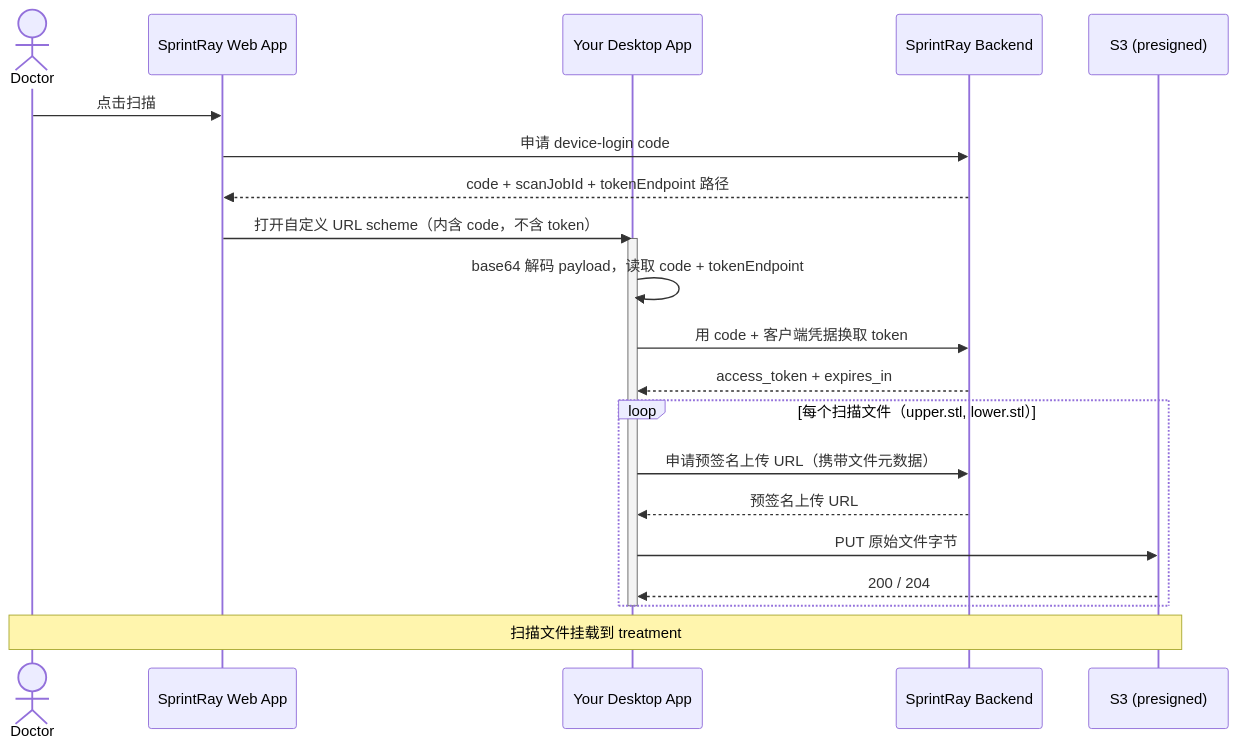
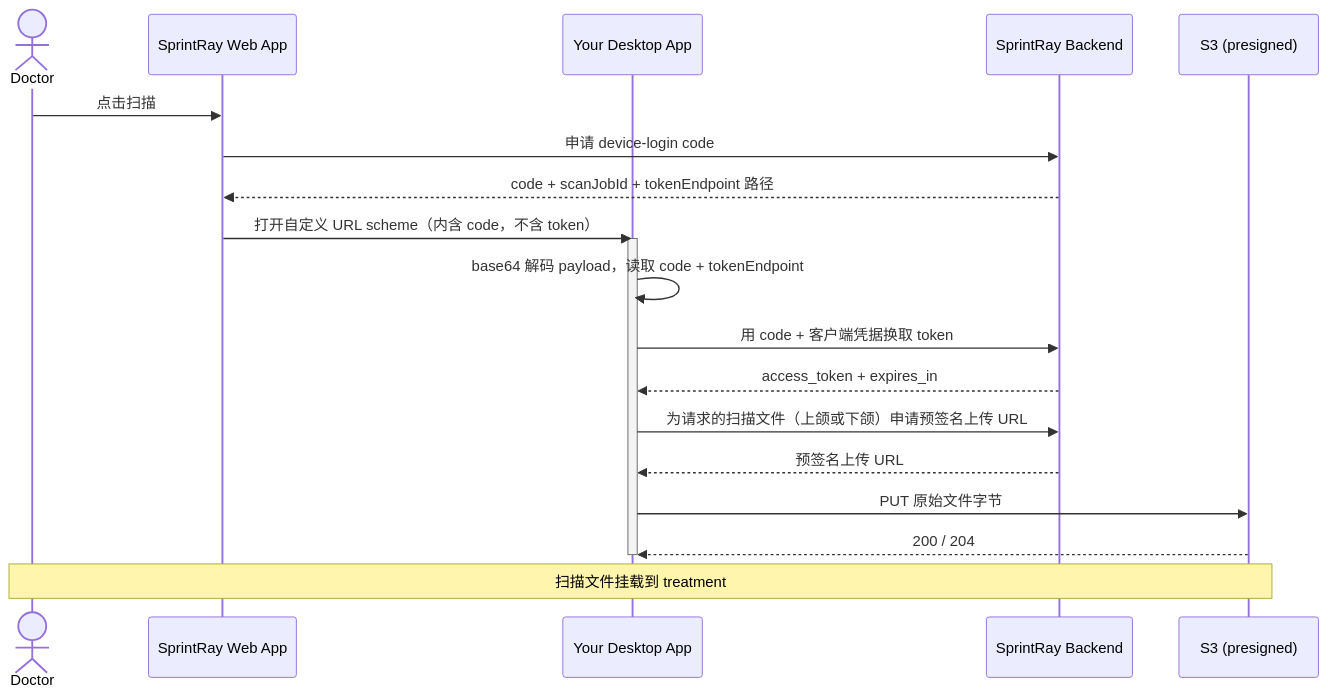
Before and after one commit to SprintRay-Software/example-scan-app: the diagram in README.zh-CN.md, drawn with Mermaid. The commit also changed other lines of this file and 2 other files, not shown here.

````diff
--- a/README.zh-CN.md
+++ b/README.zh-CN.md
@@ -23,25 +23,23 @@
 ```mermaid
 sequenceDiagram
     actor Doctor
     participant Web as SprintRay Web App
     participant App as Your Desktop App
     participant BE as SprintRay Backend
     participant S3 as S3 (presigned)
 
     Doctor->>Web: 点击扫描
     Web->>BE: 申请 device-login code
     BE-->>Web: code + scanJobId + tokenEndpoint 路径
     Web->>App: 打开自定义 URL scheme（内含 code，不含 token）
     activate App
     App->>App: base64 解码 payload，读取 code + tokenEndpoint
     App->>BE: 用 code + 客户端凭据换取 token
     BE-->>App: access_token + expires_in
-    loop 每个扫描文件（upper.stl, lower.stl）
-        App->>BE: 申请预签名上传 URL（携带文件元数据）
-        BE-->>App: 预签名上传 URL
-        App->>S3: PUT 原始文件字节
-        S3-->>App: 200 / 204
-    end
+    App->>BE: 为请求的扫描文件（上颌或下颌）申请预签名上传 URL
+    BE-->>App: 预签名上传 URL
+    App->>S3: PUT 原始文件字节
+    S3-->>App: 200 / 204
     deactivate App
     Note over Doctor,S3: 扫描文件挂载到 treatment
 ```
````
